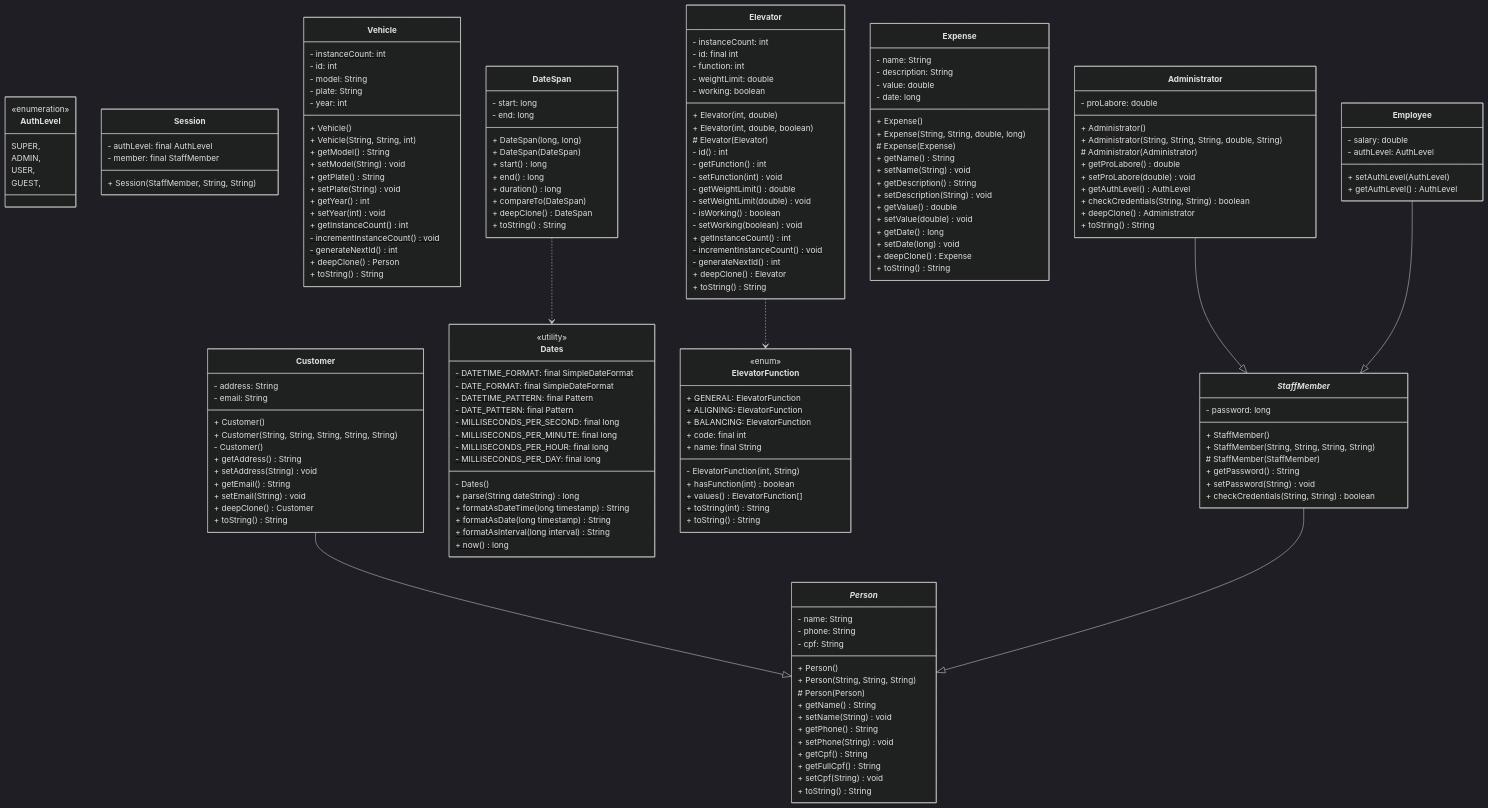
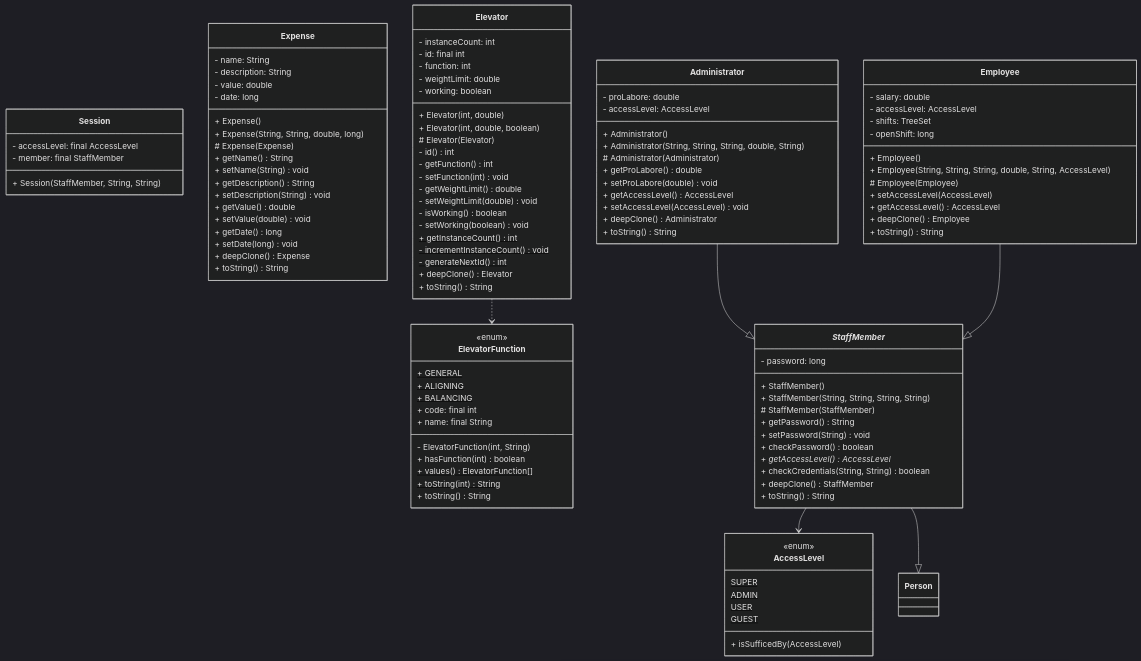
Before and after one commit to alan-b-lima/Workshop: the first of 4 diagrams in README.md, drawn with Mermaid (dark theme). The commit also changed 8 other files, not shown here.

````diff
--- a/README.md
+++ b/README.md
@@ -92,122 +91,44 @@
 ```mermaid
 classDiagram
 
-    class AuthLevel {
-        <<enumeration>>
+    class AccessLevel {
+        <<enum>>
 
-        SUPER,
-        ADMIN,
-        USER,
-        GUEST,
+        SUPER $
+        ADMIN $
+        USER $
+        GUEST $
+
+        + isSufficedBy(AccessLevel)
     }
 
     class Session {
-        - authLevel: final AuthLevel
+        - accessLevel: final AccessLevel
         - member: final StaffMember
 
         + Session(StaffMember, String, String)
     }
 
-    Customer --|> Person
-    class Customer {
-        - address: String
-        - email: String
+    class Expense {
+        - name: String
+        - description: String
+        - value: double
+        - date: long
 
-        + Customer()
-        + Customer(String, String, String, String, String)
-        - Customer()
-
-        + getAddress() String
-        + setAddress(String) void
-        + getEmail() String
-        + setEmail(String) void
- 
-        + deepClone() Customer
-        + toString() String
-    }
-
-    class Person["_Person_"] {
-        - name: String
-        - phone: String
-        - cpf: String
-
-        + Person()
-        + Person(String, String, String)
-        # Person(Person)
+        + Expense()
+        + Expense(String, String, double, long)
+        # Expense(Expense)
 
         + getName() String
         + setName(String) void
-        + getPhone() String
-        + setPhone(String) void
-        + getCpf() String
-        + getFullCpf() String
-        + setCpf(String) void
+        + getDescription() String
+        + setDescription(String) void
+        + getValue() double
+        + setValue(double) void
+        + getDate() long
+        + setDate(long) void
 
-        + toString() String
-    }
-
-    class Vehicle {
-        - instanceCount: int $
-
-        - id: int
-        - model: String
-        - plate: String
-        - year: int
-
-        + Vehicle()
-        + Vehicle(String, String, int)
-
-        + getModel() String
-        + setModel(String) void
-        + getPlate() String
-        + setPlate(String) void
-        + getYear() int
-        + setYear(int) void
-
-        + getInstanceCount() int $
-        - incrementInstanceCount() void $
-        - generateNextId() int $
-        
-        + deepClone() Person
-        + toString() String
-    }
-    
-    class Dates {
-        <<utility>>
-
-        - DATETIME_FORMAT: final SimpleDateFormat $
-        - DATE_FORMAT: final SimpleDateFormat $
-        - DATETIME_PATTERN: final Pattern $
-        - DATE_PATTERN: final Pattern $
-
-        - MILLISECONDS_PER_SECOND: final long $
-        - MILLISECONDS_PER_MINUTE: final long $
-        - MILLISECONDS_PER_HOUR: final long $
-        - MILLISECONDS_PER_DAY: final long $
-
-        - Dates()
-        
-        + parse(String dateString) long $
-        + formatAsDateTime(long timestamp) String $
-        + formatAsDate(long timestamp) String $
-        + formatAsInterval(long interval) String $
-        + now() long $
-    }
-
-    DateSpan ..> Dates
-    class DateSpan {
-        - start: long
-        - end: long
-
-        + DateSpan(long, long)
-        + DateSpan(DateSpan)
-
-        + start() long
-        + end() long
-        + duration() long
-
-        + compareTo(DateSpan)
-        + deepClone() DateSpan
+        + deepClone() Expense
         + toString() String
     }
 
@@ -243,9 +164,9 @@
     class ElevatorFunction {
         <<enum>>
 
-        + GENERAL: ElevatorFunction $
-        + ALIGNING: ElevatorFunction $
-        + BALANCING: ElevatorFunction $
+        + GENERAL $
+        + ALIGNING $
+        + BALANCING $
 
         + code: final int
         + name: final String
@@ -259,32 +180,10 @@
         + toString() String
     }
 
-    class Expense {
-        - name: String
-        - description: String
-        - value: double
-        - date: long
-
-        + Expense()
-        + Expense(String, String, double, long)
-        # Expense(Expense)
-
-        + getName() String
-        + setName(String) void
-        + getDescription() String
-        + setDescription(String) void
-        + getValue() double
-        + setValue(double) void
-        + getDate() long
-        + setDate(long) void
-
-        + deepClone() Expense
-        + toString() String
-    }
-
     Administrator --|> StaffMember
     class Administrator {
         - proLabore: double
+        - accessLevel: AccessLevel
 
         + Administrator()
         + Administrator(String, String, String, double, String)
@@ -293,8 +192,8 @@
         + getProLabore() double
         + setProLabore(double) void
 
-        + getAuthLevel() AuthLevel
-        + checkCredentials(String, String) boolean
+        + getAccessLevel() AccessLevel
+        + setAccessLevel(AccessLevel) void
 
         + deepClone() Administrator
         + toString() String
@@ -303,12 +202,22 @@
     Employee --|> StaffMember
     class Employee {
         - salary: double
-        - authLevel: AuthLevel
+        - accessLevel: AccessLevel
+        - shifts: TreeSet<DateSpan>
+        - openShift: long
 
-        + setAuthLevel(AuthLevel)
-        + getAuthLevel() AuthLevel
+        + Employee()
+        + Employee(String, String, String, double, String, AccessLevel)
+        # Employee(Employee)
+
+        + setAccessLevel(AccessLevel)
+        + getAccessLevel() AccessLevel
+
+        + deepClone() Employee
+        + toString() String
     }
 
+    StaffMember --> AccessLevel 
     StaffMember --|> Person
     class StaffMember["_StaffMember_"] {
         - password: long
@@ -319,7 +228,12 @@
 
         + getPassword() String
         + setPassword(String) void
+        + checkPassword() boolean
+        + getAccessLevel() AccessLevel *
 
         + checkCredentials(String, String) boolean
+
+        + deepClone() StaffMember
+        + toString() String
     }
 ```
````
